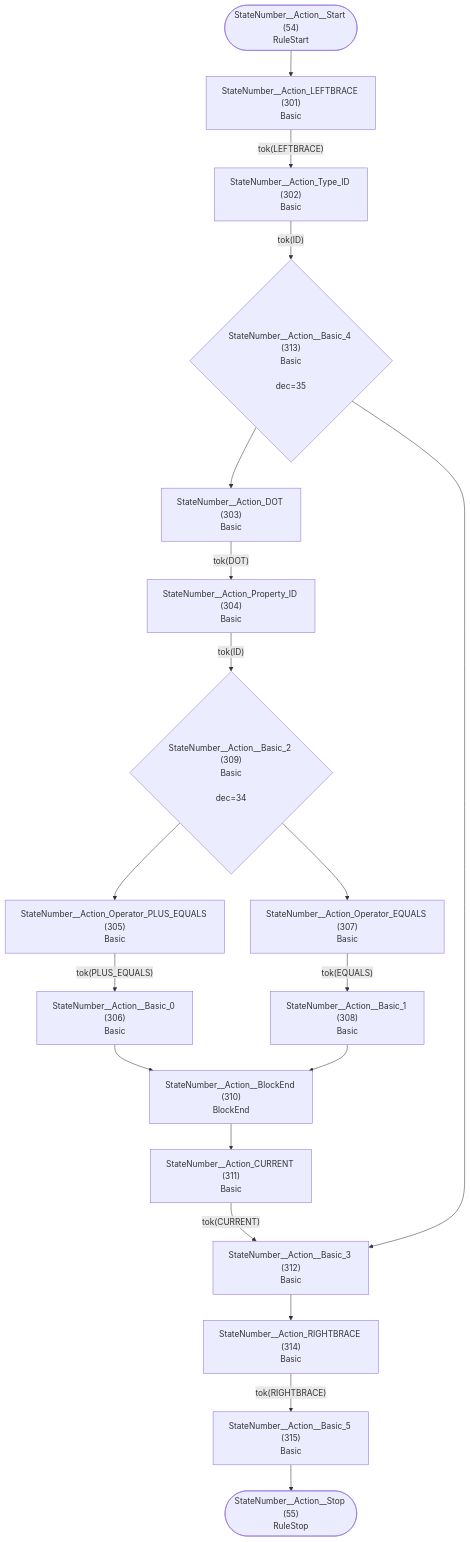
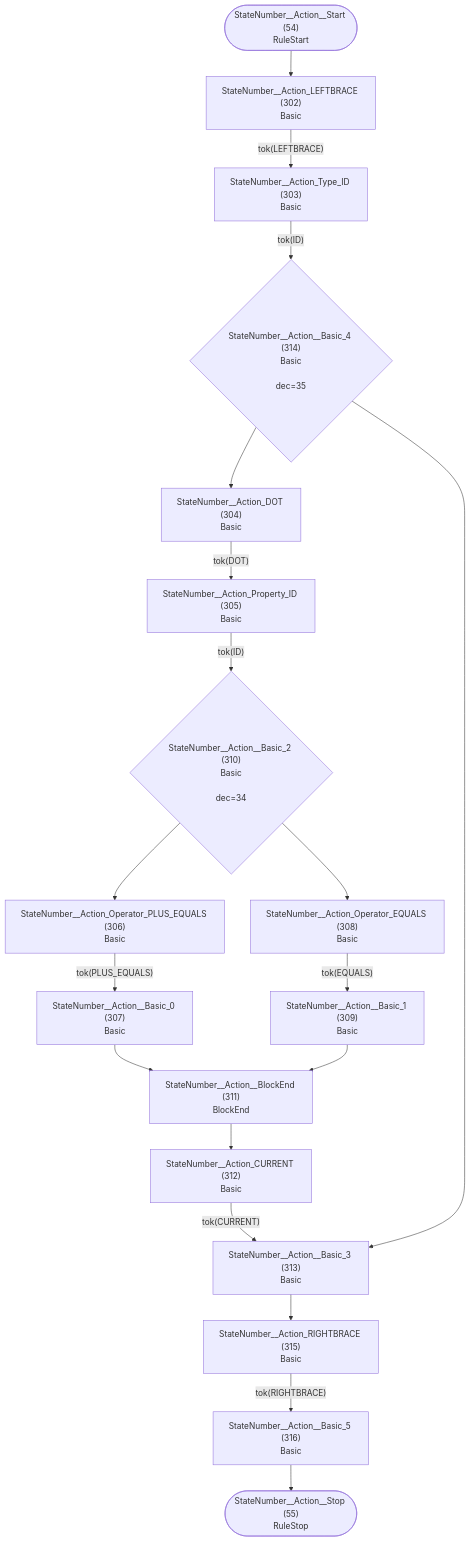
Before and after one commit to TypeFox/fastbelt: diagram 28 of 32 in internal/grammar/atn.md, drawn with Mermaid. The commit also changed other lines of this file and 6 other files, not shown here.

````diff
--- a/internal/grammar/atn.md
+++ b/internal/grammar/atn.md
@@ -797,39 +799,39 @@
 ```mermaid
 flowchart TD
     q54(["StateNumber__Action__Start (54)<br/>RuleStart"])
     q55(["StateNumber__Action__Stop (55)<br/>RuleStop"])
-    q301["StateNumber__Action_LEFTBRACE (301)<br/>Basic<br/>"]
-    q302["StateNumber__Action_Type_ID (302)<br/>Basic<br/>"]
-    q303["StateNumber__Action_DOT (303)<br/>Basic<br/>"]
-    q304["StateNumber__Action_Property_ID (304)<br/>Basic<br/>"]
-    q305["StateNumber__Action_Operator_PLUS_EQUALS (305)<br/>Basic<br/>"]
-    q306["StateNumber__Action__Basic_0 (306)<br/>Basic<br/>"]
-    q307["StateNumber__Action_Operator_EQUALS (307)<br/>Basic<br/>"]
-    q308["StateNumber__Action__Basic_1 (308)<br/>Basic<br/>"]
-    q309{"StateNumber__Action__Basic_2 (309)<br/>Basic<br/><br/>dec=34"}
-    q310["StateNumber__Action__BlockEnd (310)<br/>BlockEnd<br/>"]
-    q311["StateNumber__Action_CURRENT (311)<br/>Basic<br/>"]
-    q312["StateNumber__Action__Basic_3 (312)<br/>Basic<br/>"]
-    q313{"StateNumber__Action__Basic_4 (313)<br/>Basic<br/><br/>dec=35"}
-    q314["StateNumber__Action_RIGHTBRACE (314)<br/>Basic<br/>"]
-    q315["StateNumber__Action__Basic_5 (315)<br/>Basic<br/>"]
+    q302["StateNumber__Action_LEFTBRACE (302)<br/>Basic<br/>"]
+    q303["StateNumber__Action_Type_ID (303)<br/>Basic<br/>"]
+    q304["StateNumber__Action_DOT (304)<br/>Basic<br/>"]
+    q305["StateNumber__Action_Property_ID (305)<br/>Basic<br/>"]
+    q306["StateNumber__Action_Operator_PLUS_EQUALS (306)<br/>Basic<br/>"]
+    q307["StateNumber__Action__Basic_0 (307)<br/>Basic<br/>"]
+    q308["StateNumber__Action_Operator_EQUALS (308)<br/>Basic<br/>"]
+    q309["StateNumber__Action__Basic_1 (309)<br/>Basic<br/>"]
+    q310{"StateNumber__Action__Basic_2 (310)<br/>Basic<br/><br/>dec=34"}
+    q311["StateNumber__Action__BlockEnd (311)<br/>BlockEnd<br/>"]
+    q312["StateNumber__Action_CURRENT (312)<br/>Basic<br/>"]
+    q313["StateNumber__Action__Basic_3 (313)<br/>Basic<br/>"]
+    q314{"StateNumber__Action__Basic_4 (314)<br/>Basic<br/><br/>dec=35"}
+    q315["StateNumber__Action_RIGHTBRACE (315)<br/>Basic<br/>"]
+    q316["StateNumber__Action__Basic_5 (316)<br/>Basic<br/>"]
 
-    q54 --> q301
-    q301 -->|"tok(LEFTBRACE)"| q302
-    q302 -->|"tok(ID)"| q313
-    q303 -->|"tok(DOT)"| q304
-    q304 -->|"tok(ID)"| q309
-    q305 -->|"tok(PLUS_EQUALS)"| q306
-    q306 --> q310
-    q307 -->|"tok(EQUALS)"| q308
-    q308 --> q310
-    q309 --> q305
-    q309 --> q307
-    q310 --> q311
-    q311 -->|"tok(CURRENT)"| q312
-    q312 --> q314
-    q313 --> q303
-    q313 --> q312
-    q314 -->|"tok(RIGHTBRACE)"| q315
-    q315 --> q55
+    q54 --> q302
+    q302 -->|"tok(LEFTBRACE)"| q303
+    q303 -->|"tok(ID)"| q314
+    q304 -->|"tok(DOT)"| q305
+    q305 -->|"tok(ID)"| q310
+    q306 -->|"tok(PLUS_EQUALS)"| q307
+    q307 --> q311
+    q308 -->|"tok(EQUALS)"| q309
+    q309 --> q311
+    q310 --> q306
+    q310 --> q308
+    q311 --> q312
+    q312 -->|"tok(CURRENT)"| q313
+    q313 --> q315
+    q314 --> q304
+    q314 --> q313
+    q315 -->|"tok(RIGHTBRACE)"| q316
+    q316 --> q55
 ```
````
